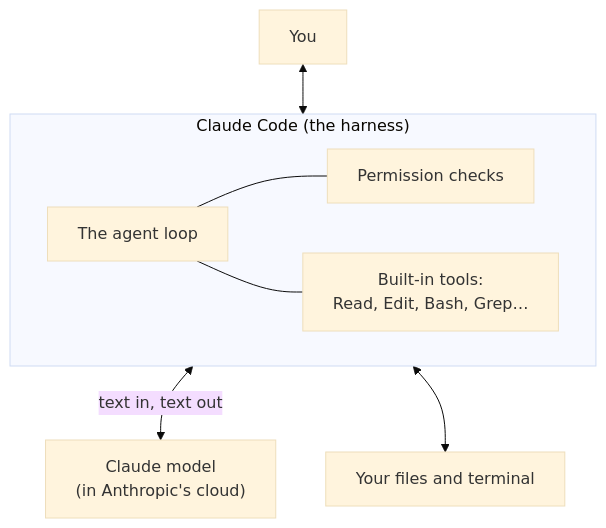
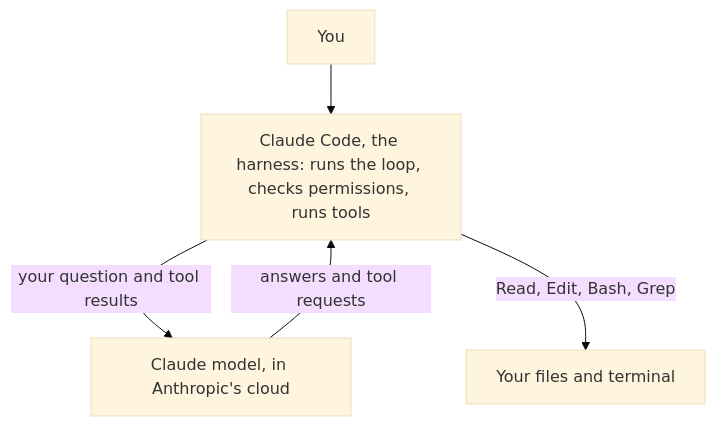
One commit to iportilla/agents changed the third of 10 diagrams in docs/INTRO-TO-AGENTS.md. Above: the diagram before and after it, drawn with Mermaid (base theme). The commit also changed other lines of this file, not shown here.

First line of the commit message:
Make the intro guide's diagrams readable in Typora

````diff
--- a/docs/INTRO-TO-AGENTS.md
+++ b/docs/INTRO-TO-AGENTS.md
@@ -96,11 +99,7 @@
 ```mermaid
-flowchart TB
-    subgraph CC["Claude Code (the harness)"]
-        direction LR
-        L["The agent loop"] --- P["Permission checks"]
-        L --- BT["Built-in tools:<br/>Read, Edit, Bash, Grep…"]
-    end
-    You["You"] <--> CC
-    CC <-->|"text in, text out"| M["Claude model<br/>(in Anthropic's cloud)"]
-    CC <--> F["Your files and terminal"]
+flowchart TD
+    You["You"] --> H["Claude Code, the harness: runs the loop, checks permissions, runs tools"]
+    H -->|your question and tool results| M["Claude model, in Anthropic's cloud"]
+    M -->|answers and tool requests| H
+    H -->|Read, Edit, Bash, Grep| F["Your files and terminal"]
 ```
````
